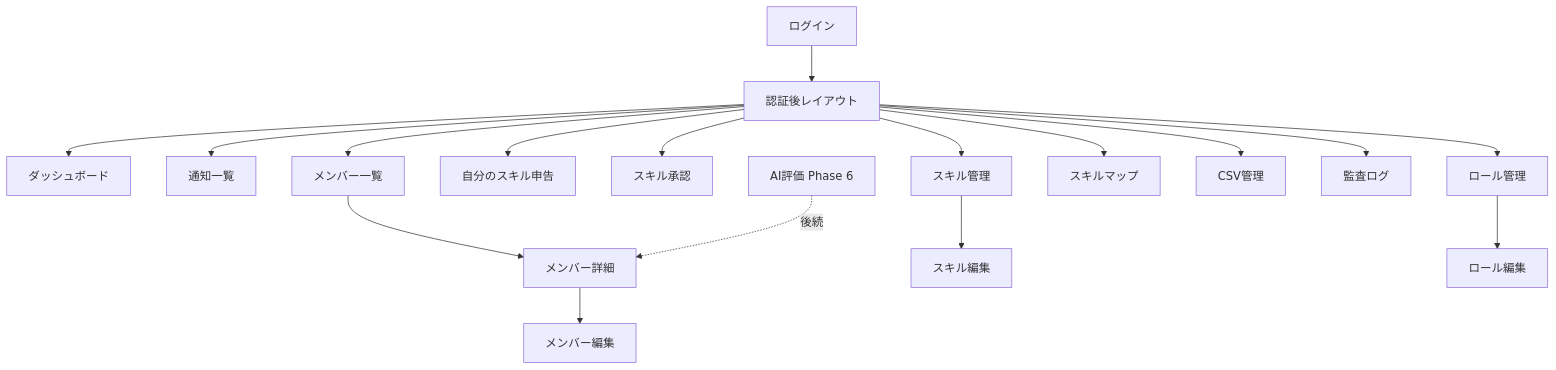
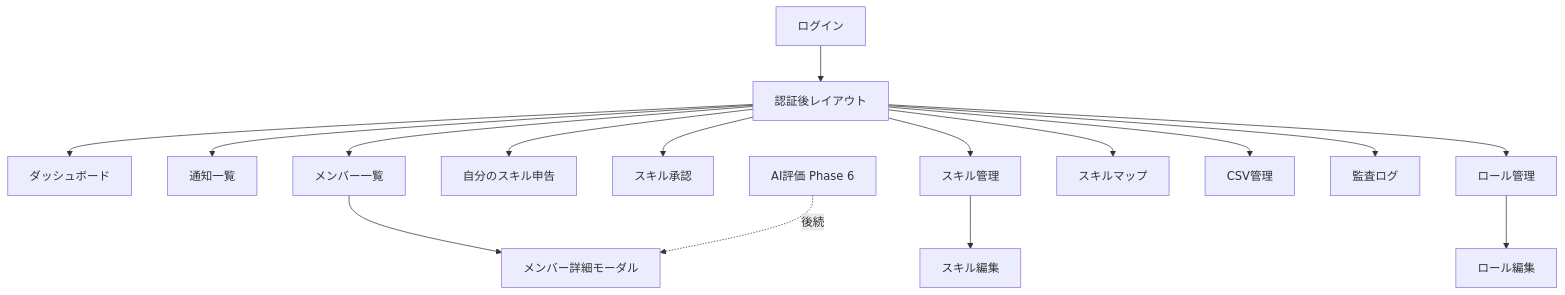
One commit to yoshiki-mizuho/Beijing-Talentmanegement changed the first of 5 diagrams in docs/SCREEN_AND_FLOW.md. Above: the diagram before and after it, drawn with Mermaid. The commit also changed other lines of this file and 21 other files, not shown here.

````diff
--- a/docs/SCREEN_AND_FLOW.md
+++ b/docs/SCREEN_AND_FLOW.md
@@ -34,19 +33,18 @@
 ```mermaid
 flowchart TD
   Login[ログイン] --> App[認証後レイアウト]
   App --> Dashboard[ダッシュボード]
   App --> Notifications[通知一覧]
   App --> Members[メンバー一覧]
-  Members --> MemberDetail[メンバー詳細]
-  MemberDetail --> MemberEdit[メンバー編集]
+  Members --> MemberDetail[メンバー詳細モーダル]
   App --> MySkills[自分のスキル申告]
   App --> SkillApprovals[スキル承認]
   App --> Skills[スキル管理]
   Skills --> SkillEdit[スキル編集]
   App --> Roles[ロール管理]
   Roles --> RoleEdit[ロール編集]
   App --> SkillMap[スキルマップ]
   App --> Csv[CSV管理]
   App --> Audit[監査ログ]
   Ai[AI評価 Phase 6] -. 後続 .-> MemberDetail
 ```
````
